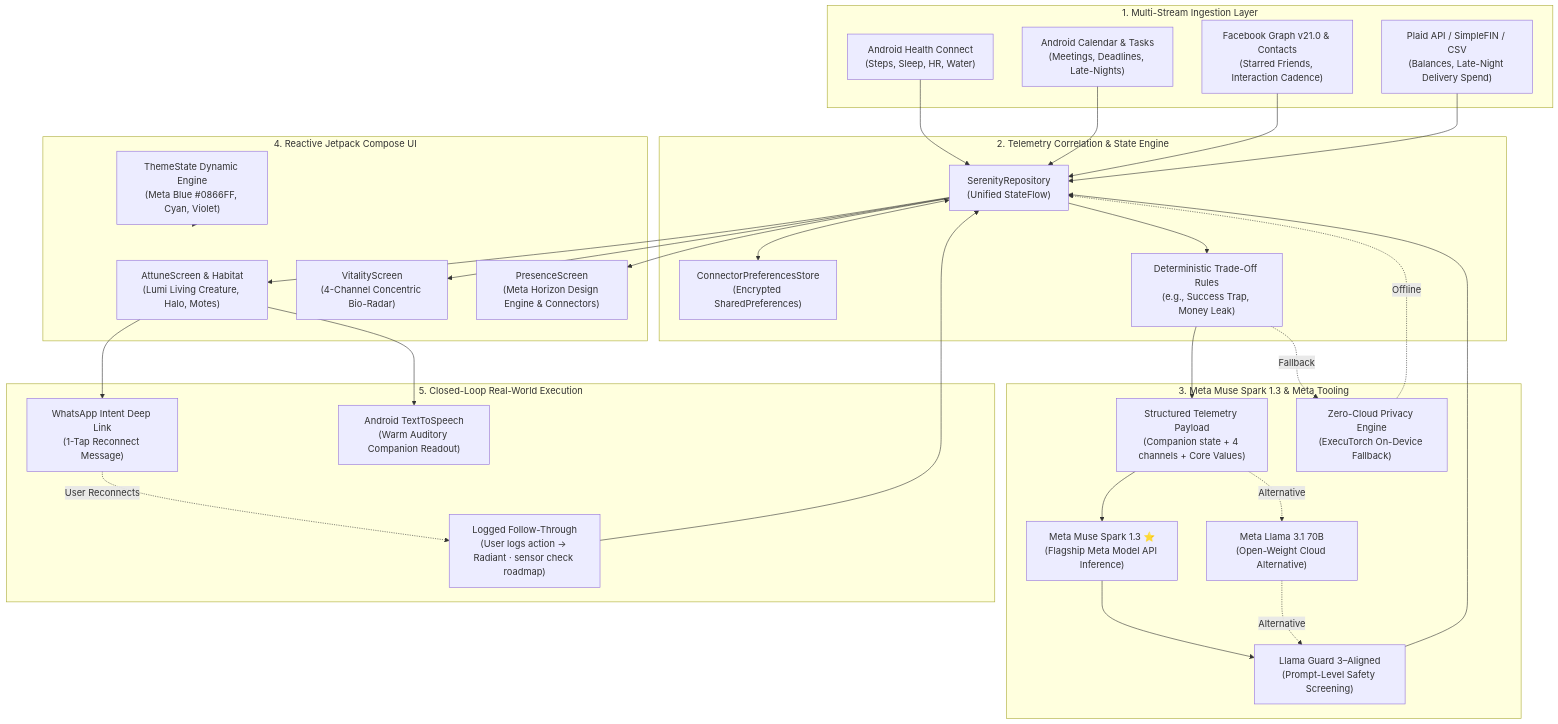
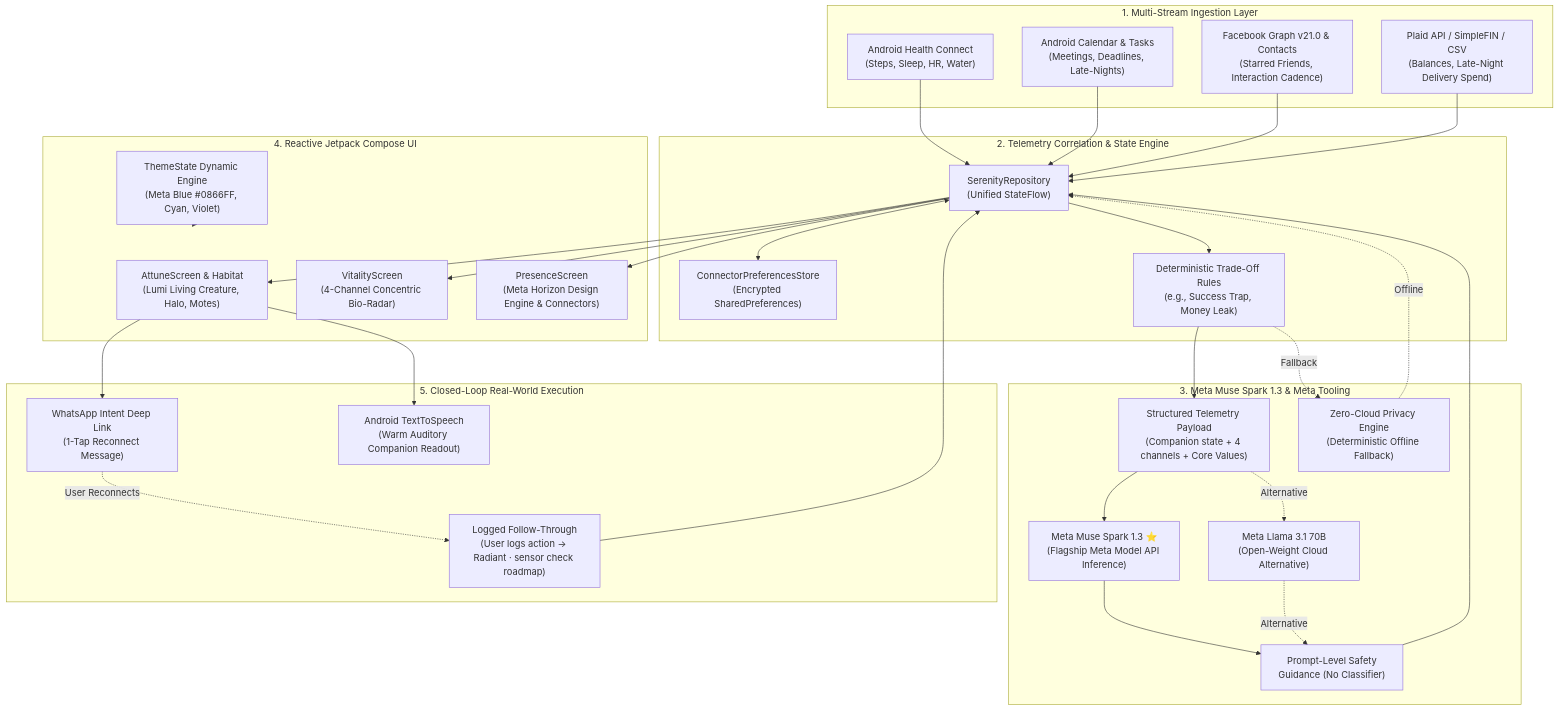
Before and after one commit to ashrafi/LifeSOS: the first of 2 diagrams in README.md, drawn with Mermaid. The commit also changed other lines of this file and 11 other files, not shown here.

````diff
--- a/README.md
+++ b/README.md
@@ -111,62 +112,62 @@
 ```mermaid
 flowchart TD
     subgraph DataSources["1. Multi-Stream Ingestion Layer"]
         HC["Android Health Connect<br/>(Steps, Sleep, HR, Water)"]
         CAL["Android Calendar & Tasks<br/>(Meetings, Deadlines, Late-Nights)"]
         SOC["Facebook Graph v21.0 & Contacts<br/>(Starred Friends, Interaction Cadence)"]
         FIN["Plaid API / SimpleFIN / CSV<br/>(Balances, Late-Night Delivery Spend)"]
     end
 
     subgraph CoreEngine["2. Telemetry Correlation & State Engine"]
         REPO["SerenityRepository<br/>(Unified StateFlow)"]
         STORE["ConnectorPreferencesStore<br/>(Encrypted SharedPreferences)"]
         RULES["Deterministic Trade-Off Rules<br/>(e.g., Success Trap, Money Leak)"]
     end
 
     subgraph MetaIntelligence["3. Meta Muse Spark 1.3 & Meta Tooling"]
         PROMPT["Structured Telemetry Payload<br/>(Companion state + 4 channels + Core Values)"]
         SPARK["Meta Muse Spark 1.3 ⭐<br/>(Flagship Meta Model API Inference)"]
         LLAMA["Meta Llama 3.1 70B<br/>(Open-Weight Cloud Alternative)"]
-        GUARD["Llama Guard 3–Aligned<br/>(Prompt-Level Safety Screening)"]
-        LOCAL["Zero-Cloud Privacy Engine<br/>(ExecuTorch On-Device Fallback)"]
+        SAFETY["Prompt-Level Safety<br/>Guidance (No Classifier)"]
+        LOCAL["Zero-Cloud Privacy Engine<br/>(Deterministic Offline Fallback)"]
     end
 
     subgraph UIExperience["4. Reactive Jetpack Compose UI"]
         HABITAT["AttuneScreen & Habitat<br/>(Lumi Living Creature, Halo, Motes)"]
         RADAR["VitalityScreen<br/>(4-Channel Concentric Bio-Radar)"]
         SETTINGS["PresenceScreen<br/>(Meta Horizon Design Engine & Connectors)"]
         THEME["ThemeState Dynamic Engine<br/>(Meta Blue #0866FF, Cyan, Violet)"]
     end
 
     subgraph Actions["5. Closed-Loop Real-World Execution"]
         WA["WhatsApp Intent Deep Link<br/>(1-Tap Reconnect Message)"]
         VOICE["Android TextToSpeech<br/>(Warm Auditory Companion Readout)"]
         VERIFY["Logged Follow-Through<br/>(User logs action -> Radiant · sensor check roadmap)"]
     end
 
     HC --> REPO
     CAL --> REPO
     SOC --> REPO
     FIN --> REPO
     REPO <--> STORE
     REPO --> RULES
 
     RULES --> PROMPT
     PROMPT --> SPARK
-    SPARK --> GUARD
-    GUARD --> REPO
+    SPARK --> SAFETY
+    SAFETY --> REPO
     PROMPT -. Alternative .-> LLAMA
-    LLAMA -. Alternative .-> GUARD
+    LLAMA -. Alternative .-> SAFETY
     RULES -. Fallback .-> LOCAL
     LOCAL -. Offline .-> REPO
 
     REPO --> HABITAT
     REPO --> RADAR
     REPO --> SETTINGS
     THEME --> UIExperience
 
     HABITAT --> WA
     HABITAT --> VOICE
     WA -. User Reconnects .-> VERIFY
     VERIFY --> REPO
 ```
````
